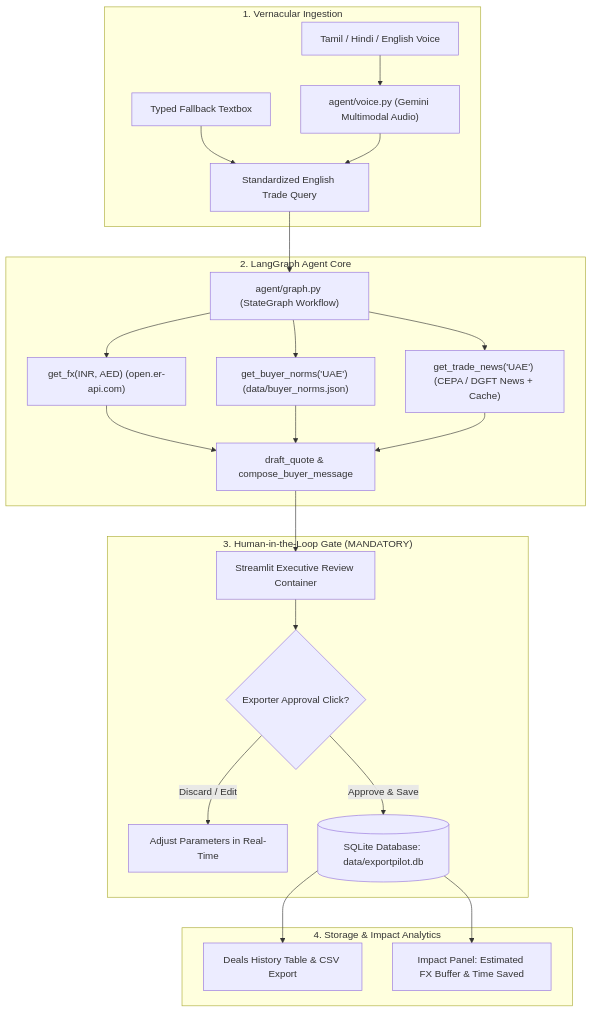
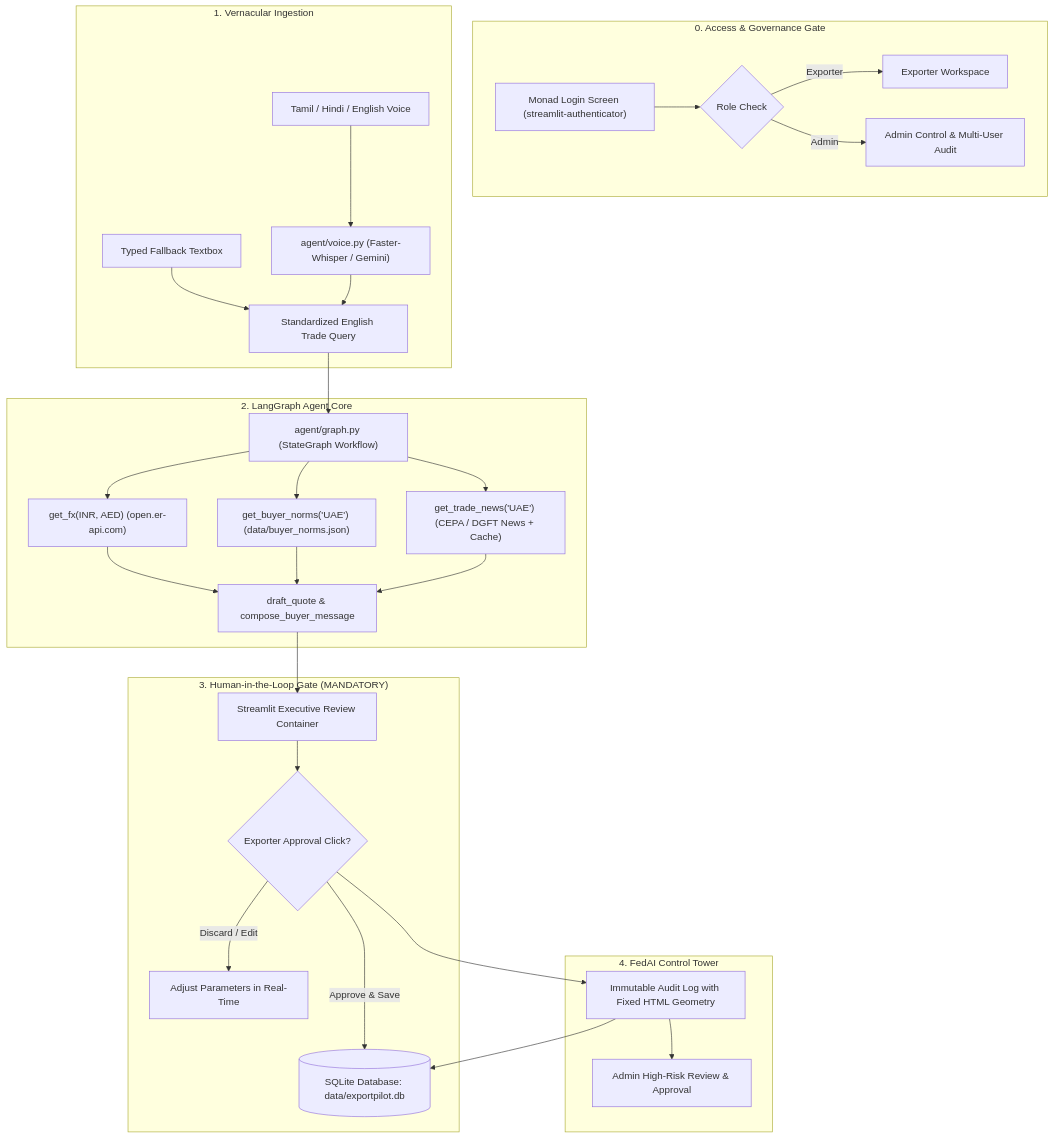
The diagram in README.md (nobod-maker/ExportPilot--India-UAE-Trade-Copilot), drawn with Mermaid before and after one commit. The commit also changed other lines of this file, not shown here.

Commit message:
docs: Update README with live demo link, demo credentials, and Streamlit Cloud deployment guide

````diff
--- a/README.md
+++ b/README.md
@@ -33,28 +44,37 @@
 ```mermaid
 flowchart TD
+    subgraph Auth_Gate ["0. Access & Governance Gate"]
+        LOGIN["Monad Login Screen (streamlit-authenticator)"]
+        ROLE{"Role Check"}
+        LOGIN --> ROLE
+        ROLE -- "Exporter" --> EXP_VIEW["Exporter Workspace"]
+        ROLE -- "Admin" --> ADM_VIEW["Admin Control & Multi-User Audit"]
+    end
+
     subgraph Input_Layer ["1. Vernacular Ingestion"]
-        V1["Tamil / Hindi / English Voice"] --> V["agent/voice.py (Gemini Multimodal Audio)"]
+        V1["Tamil / Hindi / English Voice"] --> V["agent/voice.py (Faster-Whisper / Gemini)"]
         V2["Typed Fallback Textbox"] --> Q["Standardized English Trade Query"]
         V --> Q
     end
 
     subgraph Agent_Core ["2. LangGraph Agent Core"]
         Q --> LG["agent/graph.py (StateGraph Workflow)"]
         LG --> FX["get_fx(INR, AED) (open.er-api.com)"]
         LG --> NORM["get_buyer_norms('UAE') (data/buyer_norms.json)"]
         LG --> NEWS["get_trade_news('UAE') (CEPA / DGFT News + Cache)"]
         FX & NORM & NEWS --> DRAFT["draft_quote & compose_buyer_message"]
     end
 
     subgraph HITL_Approval ["3. Human-in-the-Loop Gate (MANDATORY)"]
         DRAFT --> UI["Streamlit Executive Review Container"]
         UI --> GATE{"Exporter Approval Click?"}
         GATE -- "Discard / Edit" --> REVISE["Adjust Parameters in Real-Time"]
         GATE -- "Approve & Save" --> DB[("SQLite Database: data/exportpilot.db")]
     end
 
-    subgraph Analytics_Archive ["4. Storage & Impact Analytics"]
-        DB --> HIST["Deals History Table & CSV Export"]
-        DB --> IMPACT["Impact Panel: Estimated FX Buffer & Time Saved"]
+    subgraph FedAI_Governance ["4. FedAI Control Tower"]
+        GATE --> AUDIT["Immutable Audit Log with Fixed HTML Geometry"]
+        AUDIT --> DB
+        AUDIT --> ADM_GOV["Admin High-Risk Review & Approval"]
     end
 ```
````
